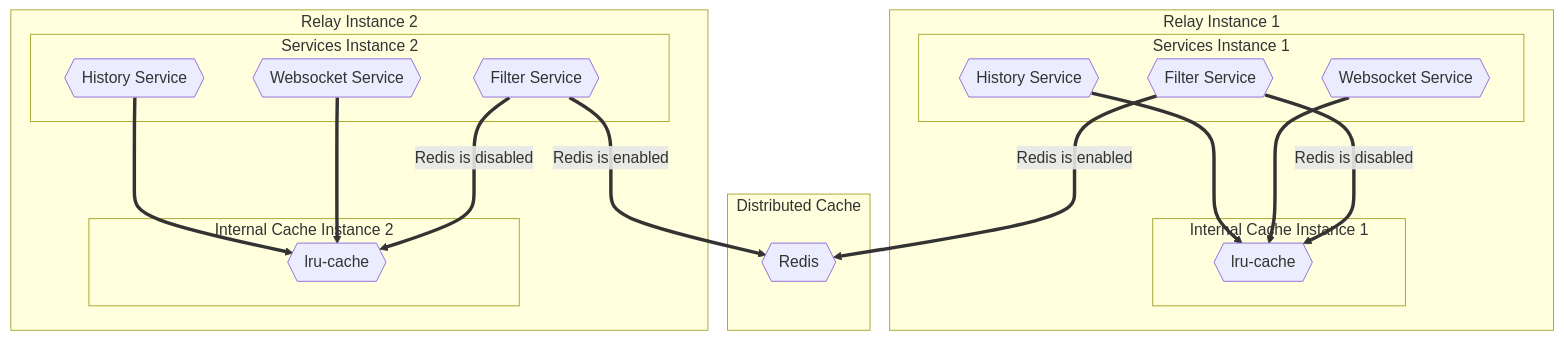
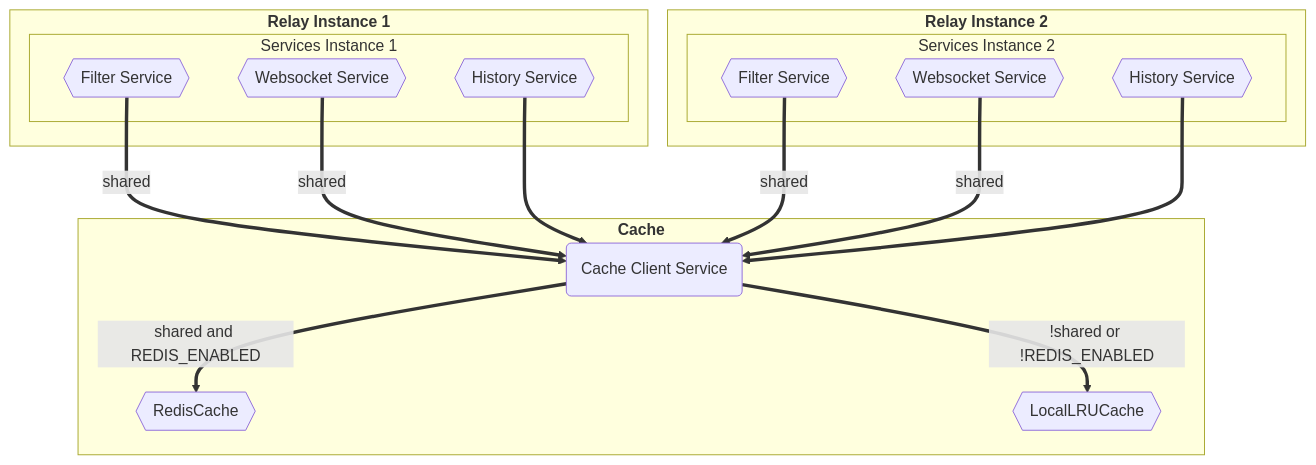
One commit to hashgraph/hedera-json-rpc-relay changed the first of 2 diagrams in docs/design/distributed-cache.md. Above: the diagram before and after it, drawn with Mermaid. The commit also changed other lines of this file, not shown here.

Commit message:
Rework most of the logic, add new diagram, adress comments

````diff
--- a/docs/design/distributed-cache.md
+++ b/docs/design/distributed-cache.md
@@ -20,34 +150,30 @@
 ```mermaid
 flowchart TD
-    subgraph Relay Instance 1
+    subgraph "`**Relay Instance 1**`"
         subgraph Services Instance 1
         A{{Filter Service}}
         B{{Websocket Service}}
         C{{History Service}}
         end
-            subgraph Internal Cache Instance 1
-            D{{lru-cache}}
-            end
     end
-    subgraph Distributed Cache
-    I{{Redis}}
+    subgraph "`**Cache**`"
+    I(Cache Client Service)
+    E{{RedisCache}}
+    F{{LocalLRUCache}}
     end
-    subgraph Relay Instance 2
+    subgraph "`**Relay Instance 2**`"
         subgraph Services Instance 2
-        E{{Filter Service}}
-        F{{Websocket Service}}
-        G{{History Service}}
+        G{{Filter Service}}
+        H{{Websocket Service}}
+        K{{History Service}}
         end
-            subgraph Internal Cache Instance 2
-            H{{lru-cache}}
-            end
     end
-    A == Redis is enabled ==> I
-    E == Redis is enabled ==> I
-    A == Redis is disabled ==> D
-    E == Redis is disabled ==> H
-    B ==> D
-    C ==> D
-    F ==> H
-    G ==> H
+A == shared ==> I
+B == shared ==> I
+C ==> I
+G == shared ==> I
+H == shared ==> I
+K ==> I
+I == shared and REDIS_ENABLED ==> E
+I == !shared or !REDIS_ENABLED ==> F
 ```
````
